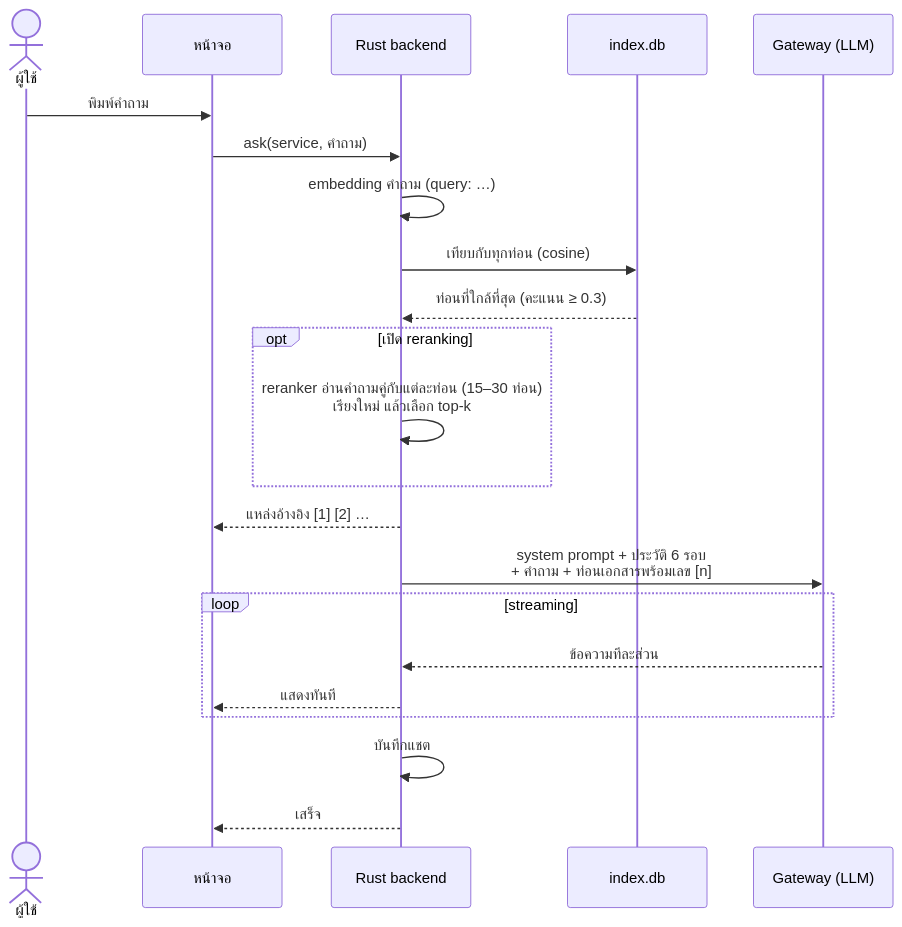
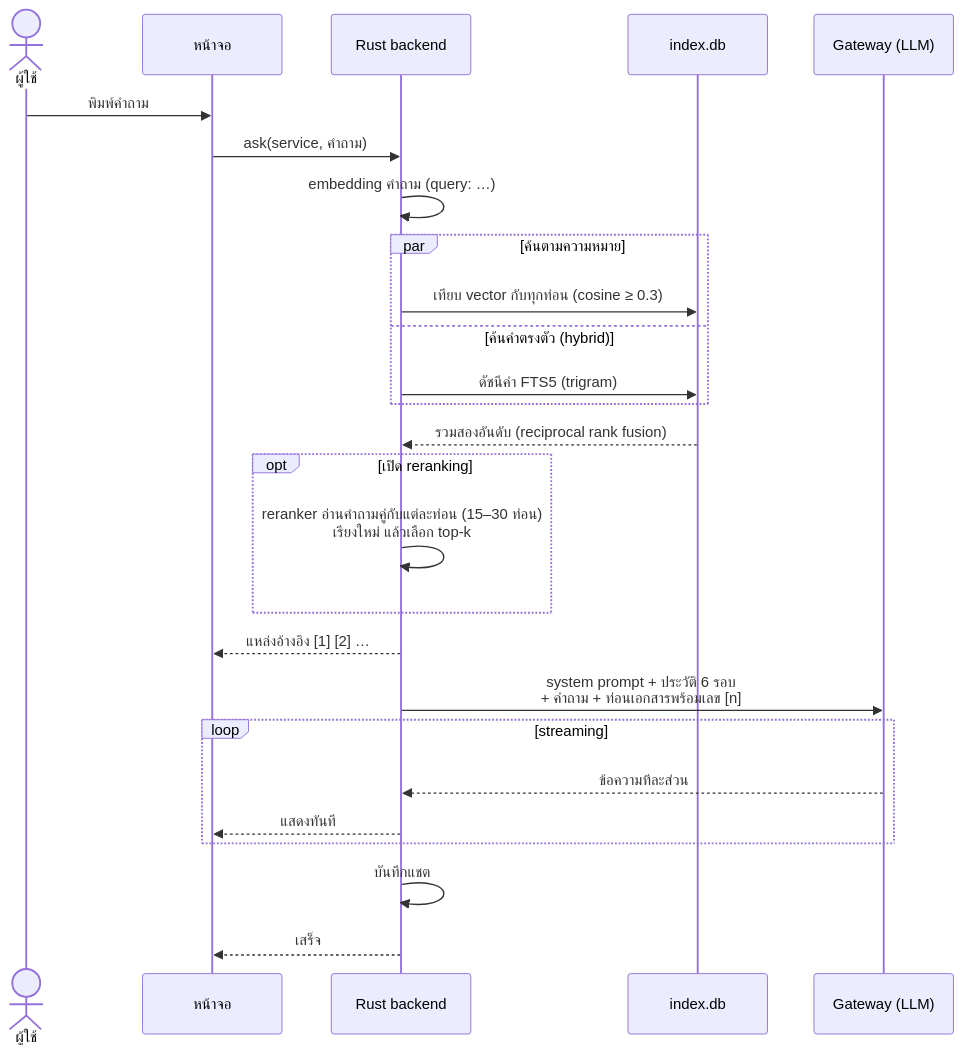
One commit to bebarboss/local_notebook changed the fourth of 5 diagrams in README.md. Above: the diagram before and after it, drawn with Mermaid. The commit also changed other lines of this file and 13 other files, not shown here.

````diff
--- a/README.md
+++ b/README.md
@@ -129,25 +129,29 @@
 ```mermaid
 sequenceDiagram
     actor U as ผู้ใช้
     participant UI as หน้าจอ
     participant R as Rust backend
     participant DB as index.db
     participant GW as Gateway (LLM)
 
     U->>UI: พิมพ์คำถาม
     UI->>R: ask(service, คำถาม)
     R->>R: embedding คำถาม (query: …)
-    R->>DB: เทียบกับทุกท่อน (cosine)
-    DB-->>R: ท่อนที่ใกล้ที่สุด (คะแนน ≥ 0.3)
+    par ค้นตามความหมาย
+        R->>DB: เทียบ vector กับทุกท่อน (cosine ≥ 0.3)
+    and ค้นคำตรงตัว (hybrid)
+        R->>DB: ดัชนีคำ FTS5 (trigram)
+    end
+    DB-->>R: รวมสองอันดับ (reciprocal rank fusion)
     opt เปิด reranking
         R->>R: reranker อ่านคำถามคู่กับแต่ละท่อน (15–30 ท่อน)<br/>เรียงใหม่ แล้วเลือก top-k
     end
     R-->>UI: แหล่งอ้างอิง [1] [2] …
     R->>GW: system prompt + ประวัติ 6 รอบ<br/>+ คำถาม + ท่อนเอกสารพร้อมเลข [n]
     loop streaming
         GW-->>R: ข้อความทีละส่วน
         R-->>UI: แสดงทันที
     end
     R->>R: บันทึกแชต
     R-->>UI: เสร็จ
 ```
````
